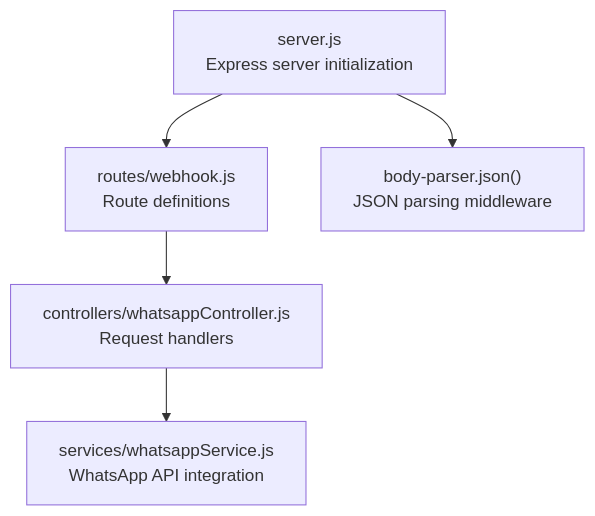
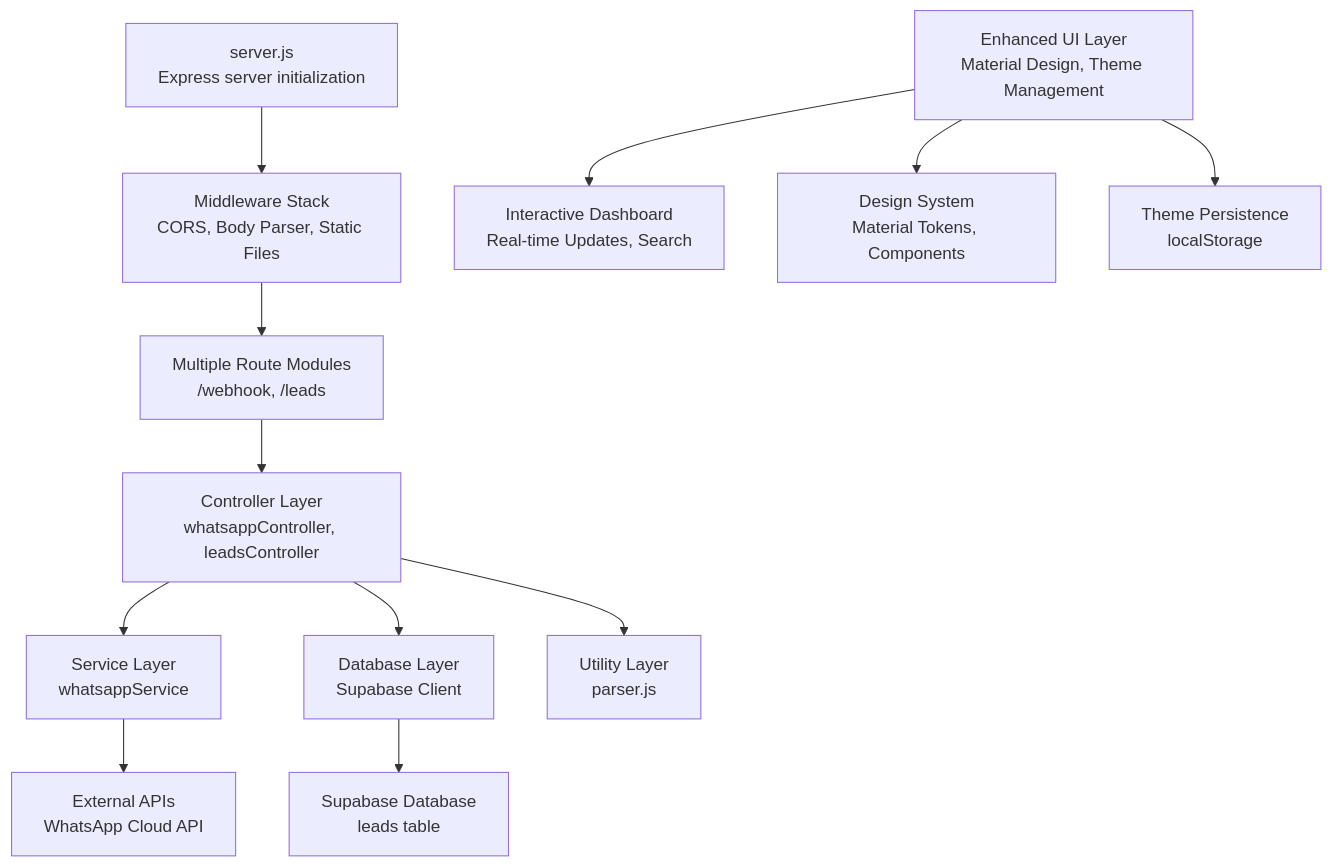
One commit to hariom-wdsadhunik/SaaS-Project changed the first of 4 diagrams in .qoder/repowiki/en/content/Development Guide.md. Above: the diagram before and after it, drawn with Mermaid. The commit also changed other lines of this file and 13 other files, not shown here.

First line of the commit message:
feat(api): integrate lead management and real-time dashboard UI

````diff
--- a/.qoder/repowiki/en/content/Development Guide.md
+++ b/.qoder/repowiki/en/content/Development Guide.md
@@ -37,7 +64,14 @@
 ```mermaid
 graph TB
-Server["server.js<br/>Express server initialization"] --> Routes["routes/webhook.js<br/>Route definitions"]
-Routes --> Controller["controllers/whatsappController.js<br/>Request handlers"]
-Controller --> Service["services/whatsappService.js<br/>WhatsApp API integration"]
-Server --> Middleware["body-parser.json()<br/>JSON parsing middleware"]
+Server["server.js<br/>Express server initialization"] --> Middleware["Middleware Stack<br/>CORS, Body Parser, Static Files"]
+Middleware --> Routes["Multiple Route Modules<br/>/webhook, /leads"]
+Routes --> Controllers["Controller Layer<br/>whatsappController, leadsController"]
+Controllers --> Services["Service Layer<br/>whatsappService"]
+Controllers --> Database["Database Layer<br/>Supabase Client"]
+Services --> ExternalAPI["External APIs<br/>WhatsApp Cloud API"]
+Database --> SupabaseDB["Supabase Database<br/>leads table"]
+Controllers --> Utils["Utility Layer<br/>parser.js"]
+UI["Enhanced UI Layer<br/>Material Design, Theme Management"] --> Dashboard["Interactive Dashboard<br/>Real-time Updates, Search"]
+UI --> DesignSystem["Design System<br/>Material Tokens, Components"]
+UI --> ThemePersistence["Theme Persistence<br/>localStorage"]
 ```
````
